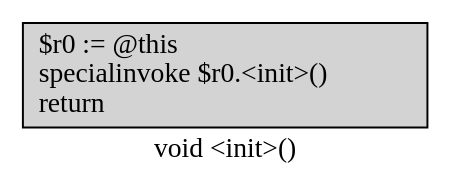
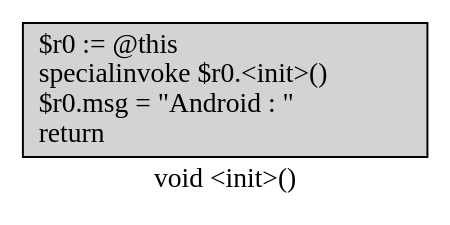
One commit to gsrishaila/summer changed the diagram in soot-infoflow-android-develop/<init>.dot. Above: the diagram before and after it, drawn with Graphviz. The commit also changed 4 other files, not shown here.

```diff
--- a/soot-infoflow-android-develop/<init>.dot
+++ b/soot-infoflow-android-develop/<init>.dot
@@ -1,5 +1,5 @@
 digraph "void <init>()" {
     label="void <init>()";
     node [shape=box];
-    "0" [style=filled,fillcolor=gray,style=filled,fillcolor=lightgray,label="$r0 := @this\lspecialinvoke $r0.<init>()\lreturn\l",];
+    "0" [style=filled,fillcolor=gray,style=filled,fillcolor=lightgray,label="$r0 := @this\lspecialinvoke $r0.<init>()\l$r0.msg = \"Android : \"\lreturn\l",];
 }
```
